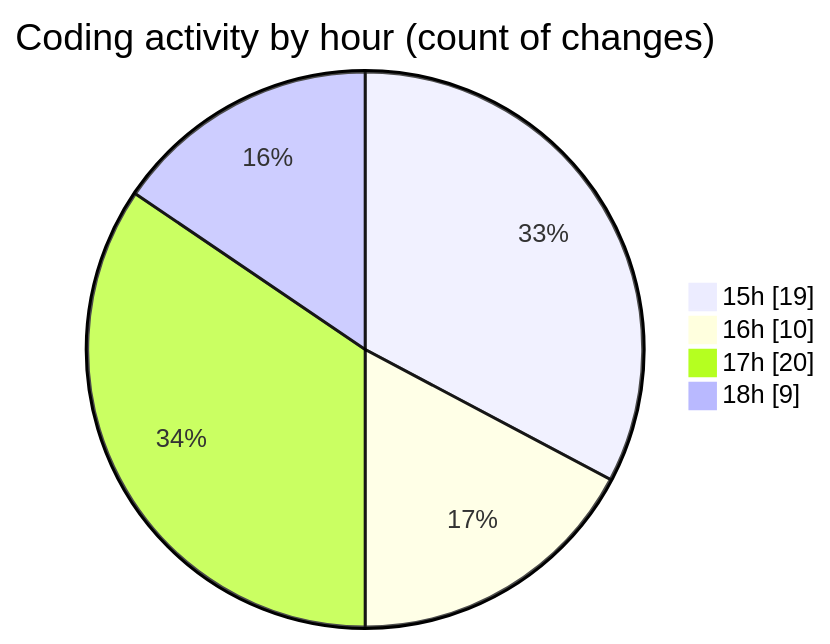
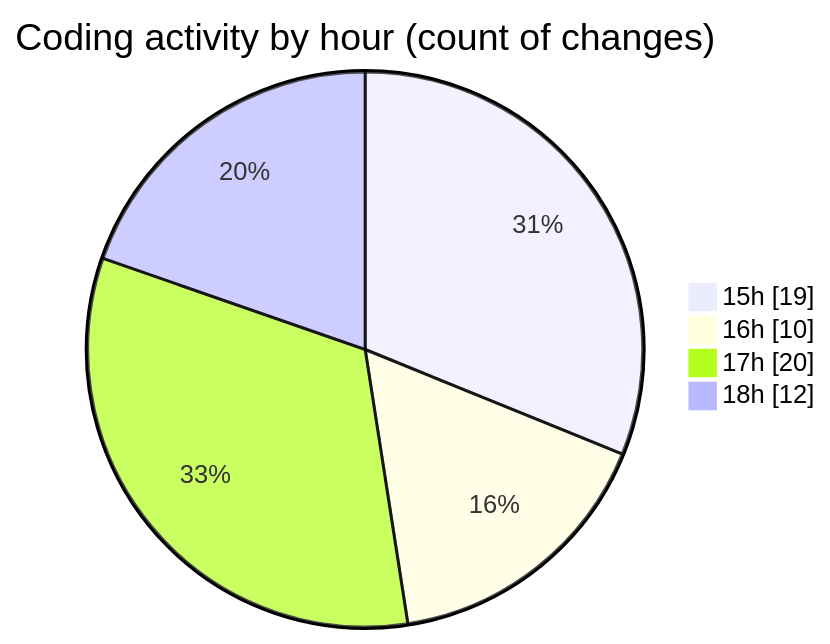
Before and after one commit to nxtqubesakshisongat/code-tracking: the second of 2 diagrams in 2025-10-07/nxtqube_webapp/README.md, drawn with Mermaid. The commit also changed other lines of this file and 1 other file, not shown here.

````diff
--- a/2025-10-07/nxtqube_webapp/README.md
+++ b/2025-10-07/nxtqube_webapp/README.md
@@ -31,8 +31,8 @@
 ```mermaid
 pie showData
 title Coding activity by hour (count of changes)
 "15h" : 19
 "16h" : 10
 "17h" : 20
-"18h" : 9
+"18h" : 12
 ```
````
